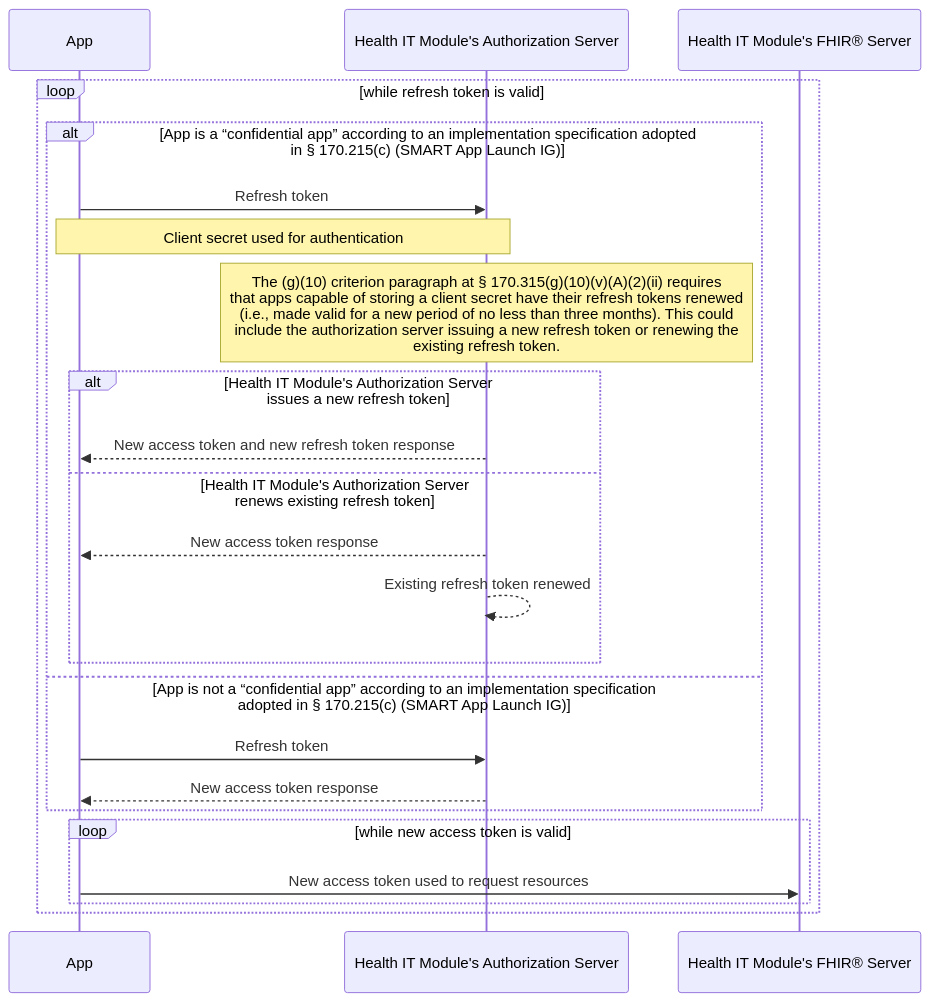
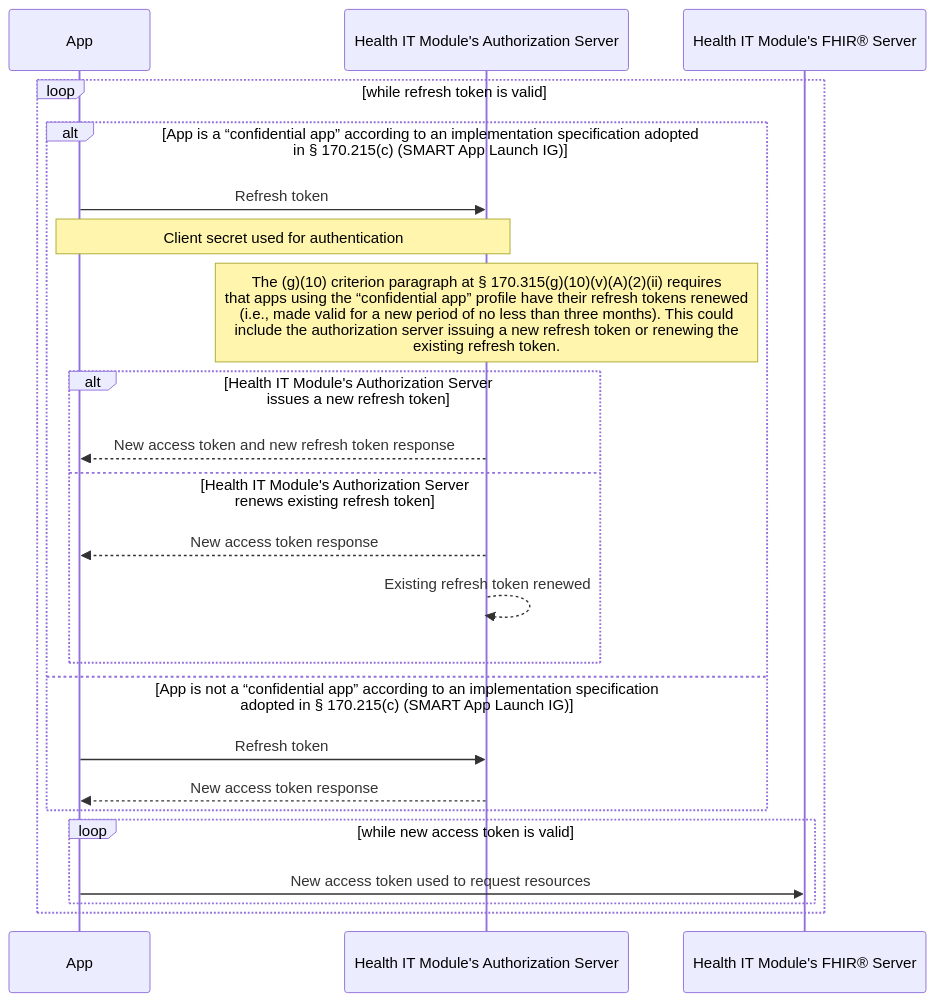
Before and after one commit to onc-healthit/api-resource-guide: the second of 5 diagrams in docs/g10-criterion.md, drawn with Mermaid. The commit also changed other lines of this file, not shown here.

````diff
--- a/docs/g10-criterion.md
+++ b/docs/g10-criterion.md
@@ -341,26 +341,26 @@
 	``` mermaid
 		sequenceDiagram
 			participant app as App
 			participant authz as Health IT Module's Authorization Server
 			participant fhir as Health IT Module's FHIR® Server
 
 			loop while refresh token is valid
 				alt App is a “confidential app” according to an implementation specification adopted in § 170.215(c) (SMART App Launch IG)
 					app ->> authz: Refresh token
 					note over app,authz: Client secret used for authentication
-					note over authz: The (g)(10) criterion paragraph at § 170.315(g)(10)(v)(A)(2)(ii) requires <br/> that apps capable of storing a client secret have their refresh tokens renewed <br/> (i.e., made valid for a new period of no less than three months). This could <br/> include the authorization server issuing a new refresh token or renewing the <br/> existing refresh token.
+					note over authz: The (g)(10) criterion paragraph at § 170.315(g)(10)(v)(A)(2)(ii) requires <br/> that apps using the “confidential app” profile have their refresh tokens renewed <br/> (i.e., made valid for a new period of no less than three months). This could <br/> include the authorization server issuing a new refresh token or renewing the <br/> existing refresh token.
 					alt Health IT Module's Authorization Server issues a new refresh token
 						authz -->> app: New access token and new refresh token response
 					else Health IT Module's Authorization Server renews existing refresh token
 						authz -->> app: New access token response
 						authz -->> authz: Existing refresh token renewed
 					end
 				else App is not a “confidential app” according to an implementation specification adopted in § 170.215(c) (SMART App Launch IG)
 					app ->> authz: Refresh token
 					authz -->> app: New access token response
 				end
 				loop while new access token is valid
 					app ->> fhir: New access token used to request resources
 				end
 			end
 	```
````
